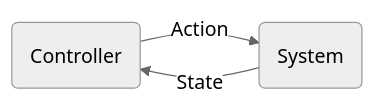
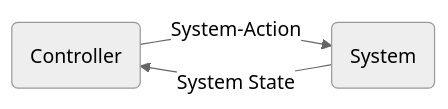
The second of 3 diagrams in README.md (TW-Robotics/SAMYControl), drawn with Mermaid (neutral theme) before and after one commit. The commit also changed other lines of this file, not shown here.

````diff
--- a/README.md
+++ b/README.md
@@ -30,5 +30,5 @@
 ```mermaid
 flowchart LR
-A(Controller) -- Action --> B(System)
-B -- State --> A
+A(Controller) -- System-Action --> B(System)
+B -- System State --> A
 ```
````
